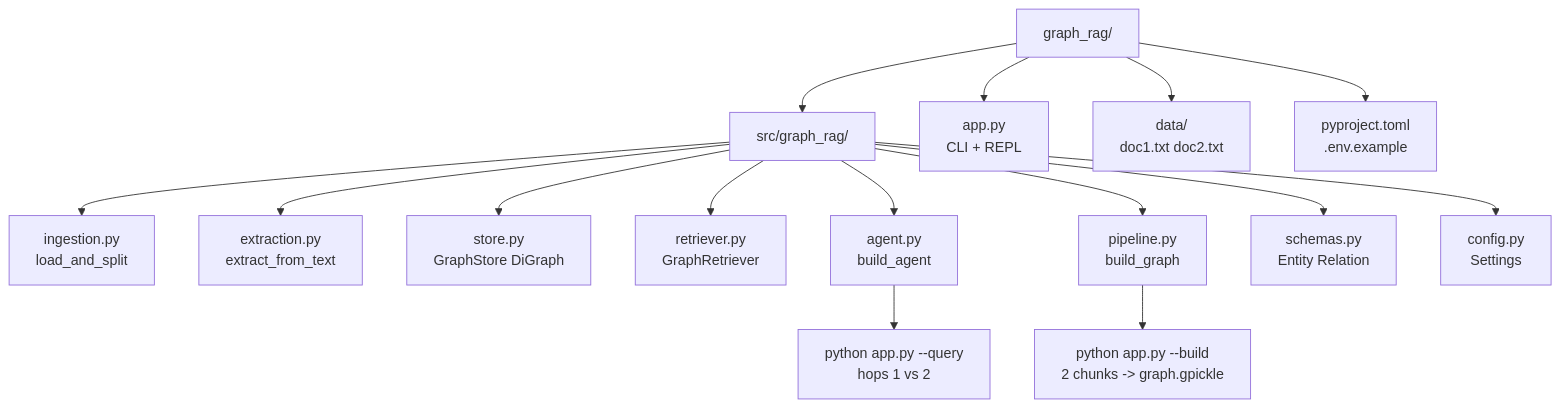
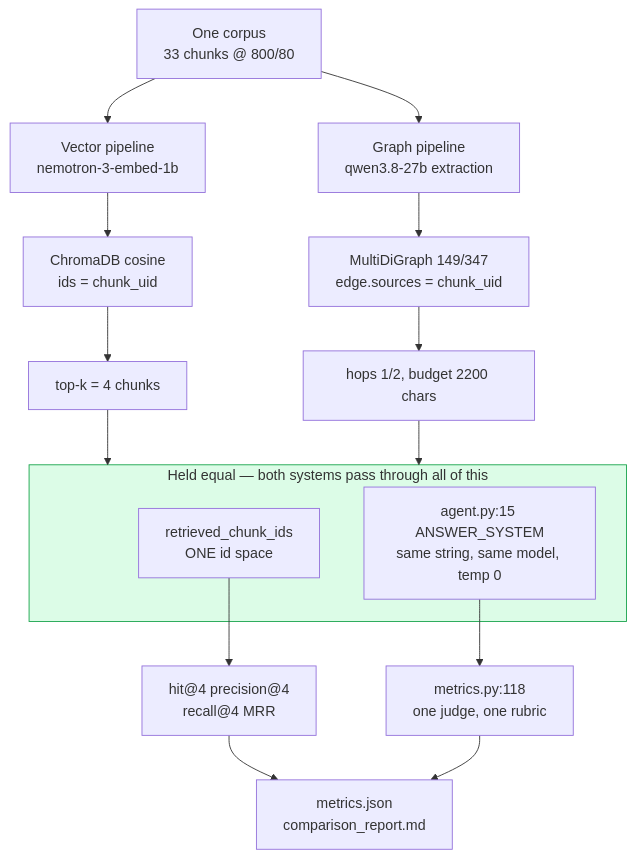
One commit to manishwvn/graph_rag changed the third of 7 diagrams in README.md. Above: the diagram before and after it, drawn with Mermaid. The commit also changed other lines of this file and 30 other files, not shown here.

First line of the commit message:
feat: vector vs graph RAG comparison, with a corrected evaluation

````diff
--- a/README.md
+++ b/README.md
@@ -66,17 +76,20 @@
 ```mermaid
 graph TD
-  ROOT["graph_rag/"] --> SRC["src/graph_rag/"]
-  ROOT --> APP["app.py<br/>CLI + REPL"]
-  ROOT --> DATA["data/<br/>doc1.txt doc2.txt"]
-  ROOT --> CFG["pyproject.toml<br/>.env.example"]
-  SRC --> ING2["ingestion.py<br/>load_and_split"]
-  SRC --> EXT2["extraction.py<br/>extract_from_text"]
-  SRC --> STO2["store.py<br/>GraphStore DiGraph"]
-  SRC --> RET2["retriever.py<br/>GraphRetriever"]
-  SRC --> AGN2["agent.py<br/>build_agent"]
-  SRC --> PIP2["pipeline.py<br/>build_graph"]
-  SRC --> SCH2["schemas.py<br/>Entity Relation"]
-  SRC --> CON2["config.py<br/>Settings"]
-  PIP2 --> BUILD["python app.py --build<br/>2 chunks -> graph.gpickle"]
-  AGN2 --> QUERY2["python app.py --query<br/>hops 1 vs 2"]
+  C["One corpus<br/>33 chunks @ 800/80"] --> VP["Vector pipeline<br/>nemotron-3-embed-1b"]
+  C --> GP["Graph pipeline<br/>qwen3.8-27b extraction"]
+  VP --> VS["ChromaDB cosine<br/>ids = chunk_uid"]
+  GP --> GS["MultiDiGraph 149/347<br/>edge.sources = chunk_uid"]
+  VS --> VR["top-k = 4 chunks"]
+  GS --> GR["hops 1/2, budget 2200 chars"]
+  VR --> HELD
+  GR --> HELD
+  subgraph HELD["Held equal — both systems pass through all of this"]
+    SHARED["retrieved_chunk_ids<br/>ONE id space"]
+    PROMPT["agent.py:15 ANSWER_SYSTEM<br/>same string, same model, temp 0"]
+  end
+  SHARED --> RM["hit@4 precision@4<br/>recall@4 MRR"]
+  PROMPT --> JM["metrics.py:118<br/>one judge, one rubric"]
+  RM --> OUT["metrics.json<br/>comparison_report.md"]
+  JM --> OUT
+  style HELD fill:#DCFCE7,stroke:#16A34A
 ```
````
